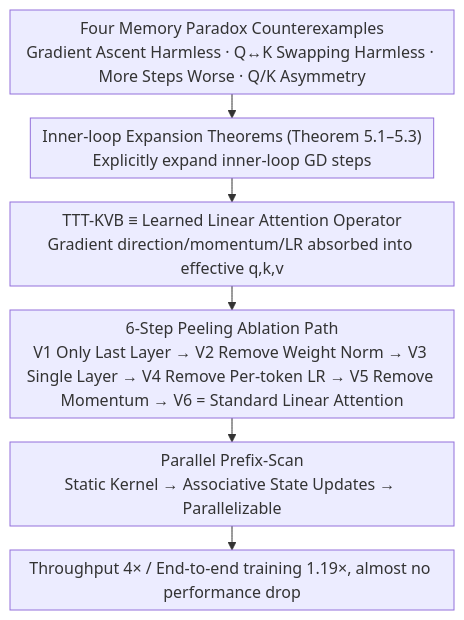
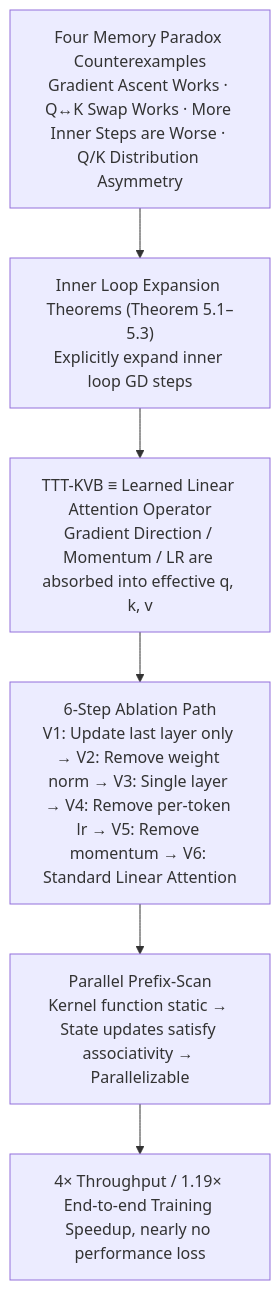
Before and after one commit to zhaoyang97/Paper-Notes-en: the diagram in docs/ICML2026/others/test-time_training_with_kv_binding_is_secretly_linear_attention.md, drawn with Mermaid. The commit also changed other lines of this file and 5084 other files, not shown here.

````diff
--- a/docs/ICML2026/others/test-time_training_with_kv_binding_is_secretly_linear_attention.md
+++ b/docs/ICML2026/others/test-time_training_with_kv_binding_is_secretly_linear_attention.md
@@ -48,9 +48,8 @@
 ```mermaid
-%%{init: {'flowchart': {'rankSpacing': 24, 'nodeSpacing': 28, 'padding': 6, 'wrappingWidth': 420}}}%%
-flowchart TD
-    A["Four Memory Paradox Counterexamples<br/>Gradient Ascent Harmless · Q↔K Swapping Harmless · More Steps Worse · Q/K Asymmetry"] --> B["Inner-loop Expansion Theorems (Theorem 5.1–5.3)<br/>Explicitly expand inner-loop GD steps"]
-    B --> C["TTT-KVB ≡ Learned Linear Attention Operator<br/>Gradient direction/momentum/LR absorbed into effective q,k,v"]
-    C --> D["6-Step Peeling Ablation Path<br/>V1 Only Last Layer → V2 Remove Weight Norm → V3 Single Layer → V4 Remove Per-token LR → V5 Remove Momentum → V6 = Standard Linear Attention"]
-    D --> E["Parallel Prefix-Scan<br/>Static Kernel → Associative State Updates → Parallelizable"]
-    E --> F["Throughput 4× / End-to-end training 1.19×, almost no performance drop"]
+graph TD
+    A["Four Memory Paradox Counterexamples<br/>Gradient Ascent Works · Q↔K Swap Works · More Inner Steps are Worse · Q/K Distribution Asymmetry"] --> B["Inner Loop Expansion Theorems (Theorem 5.1–5.3)<br/>Explicitly expand inner loop GD steps"]
+    B --> C["TTT-KVB ≡ Learned Linear Attention Operator<br/>Gradient Direction / Momentum / LR are absorbed into effective q, k, v"]
+    C --> D["6-Step Ablation Path<br/>V1: Update last layer only → V2: Remove weight norm → V3: Single layer → V4: Remove per-token lr → V5: Remove momentum → V6: Standard Linear Attention"]
+    D --> E["Parallel Prefix-Scan<br/>Kernel function static → State updates satisfy associativity → Parallelizable"]
+    E --> F["4× Throughput / 1.19× End-to-end Training Speedup, nearly no performance loss"]
 ```
````
